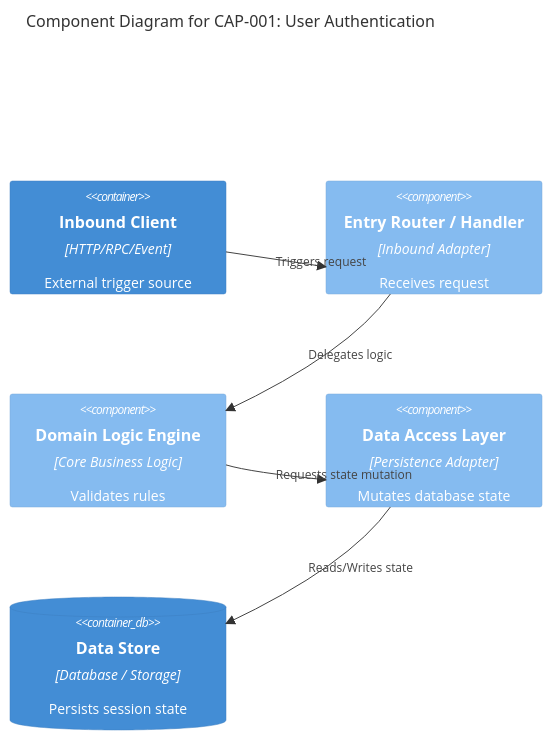
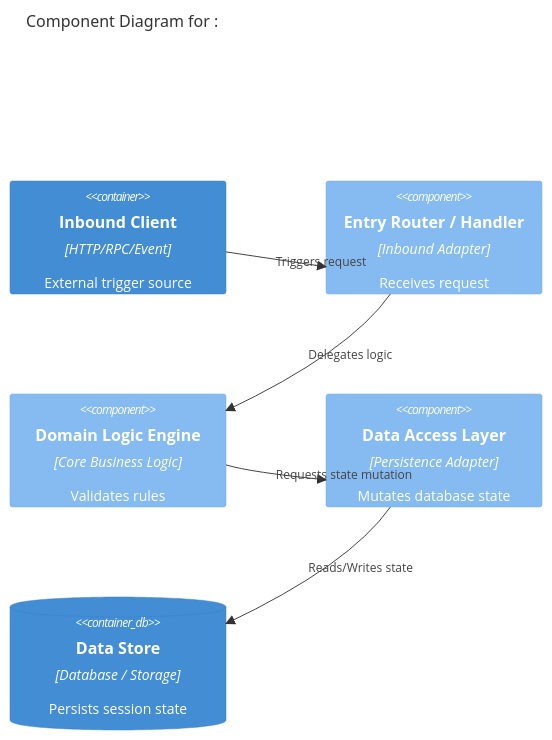
One commit to ayushsaraf-tw/codeinSPECtor changed the first of 4 diagrams in templates/SKILL.md. Above: the diagram before and after it, drawn with Mermaid. The commit also changed other lines of this file and 3 other files, not shown here.

````diff
--- a/templates/SKILL.md
+++ b/templates/SKILL.md
@@ -156,14 +167,14 @@
 ```mermaid
 C4Component
-    title Component Diagram for CAP-001: User Authentication
-    Container(client, "Inbound Client", "HTTP/RPC/Event", "External trigger source")
-    Component(entryPoint, "Entry Router / Handler", "Inbound Adapter", "Receives request")
-    Component(authService, "Domain Logic Engine", "Core Business Logic", "Validates rules")
-    Component(dataAdapter, "Data Access Layer", "Persistence Adapter", "Mutates database state")
-    ContainerDb(db, "Data Store", "Database / Storage", "Persists session state")
+title Component Diagram for <CAP-ID>: <Name>
+Container(client, "Inbound Client", "HTTP/RPC/Event", "External trigger source")
+Component(entryPoint, "Entry Router / Handler", "Inbound Adapter", "Receives request")
+Component(authService, "Domain Logic Engine", "Core Business Logic", "Validates rules")
+Component(dataAdapter, "Data Access Layer", "Persistence Adapter", "Mutates database state")
+ContainerDb(db, "Data Store", "Database / Storage", "Persists session state")
 
     Rel(client, entryPoint, "Triggers request")
     Rel(entryPoint, authService, "Delegates logic")
     Rel(authService, dataAdapter, "Requests state mutation")
     Rel(dataAdapter, db, "Reads/Writes state")
 ```
````
